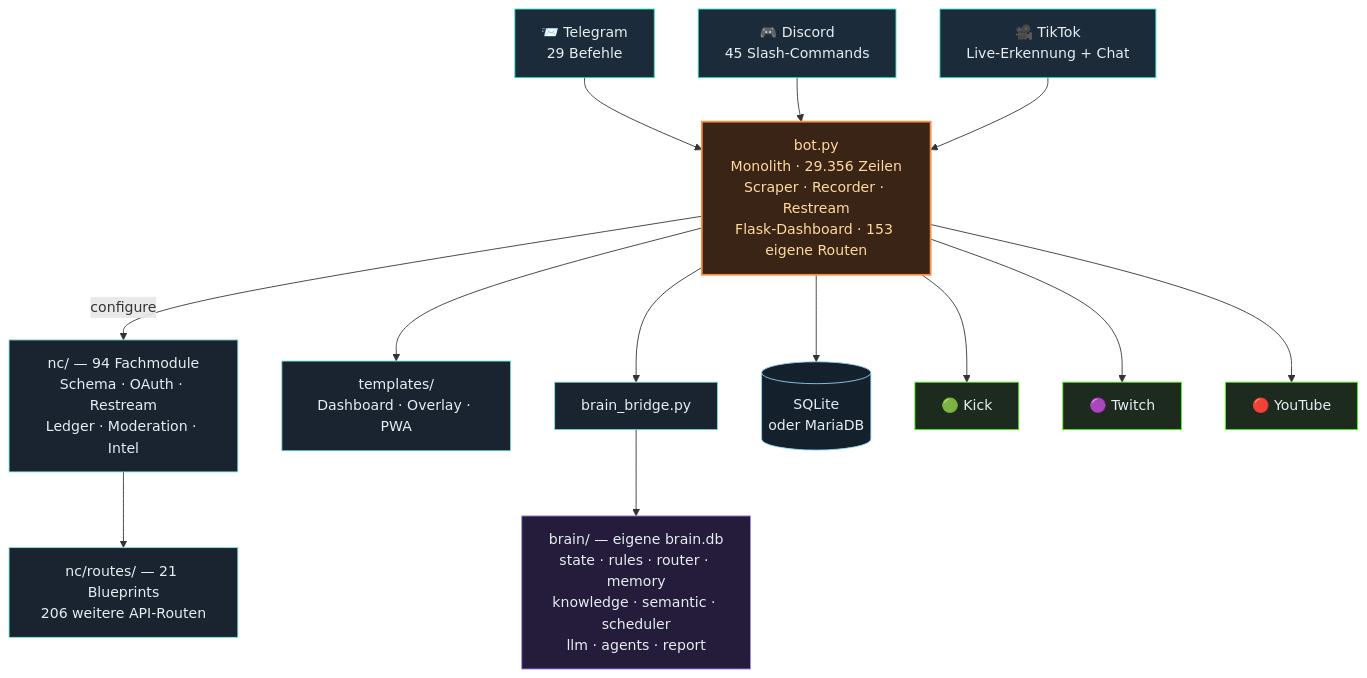
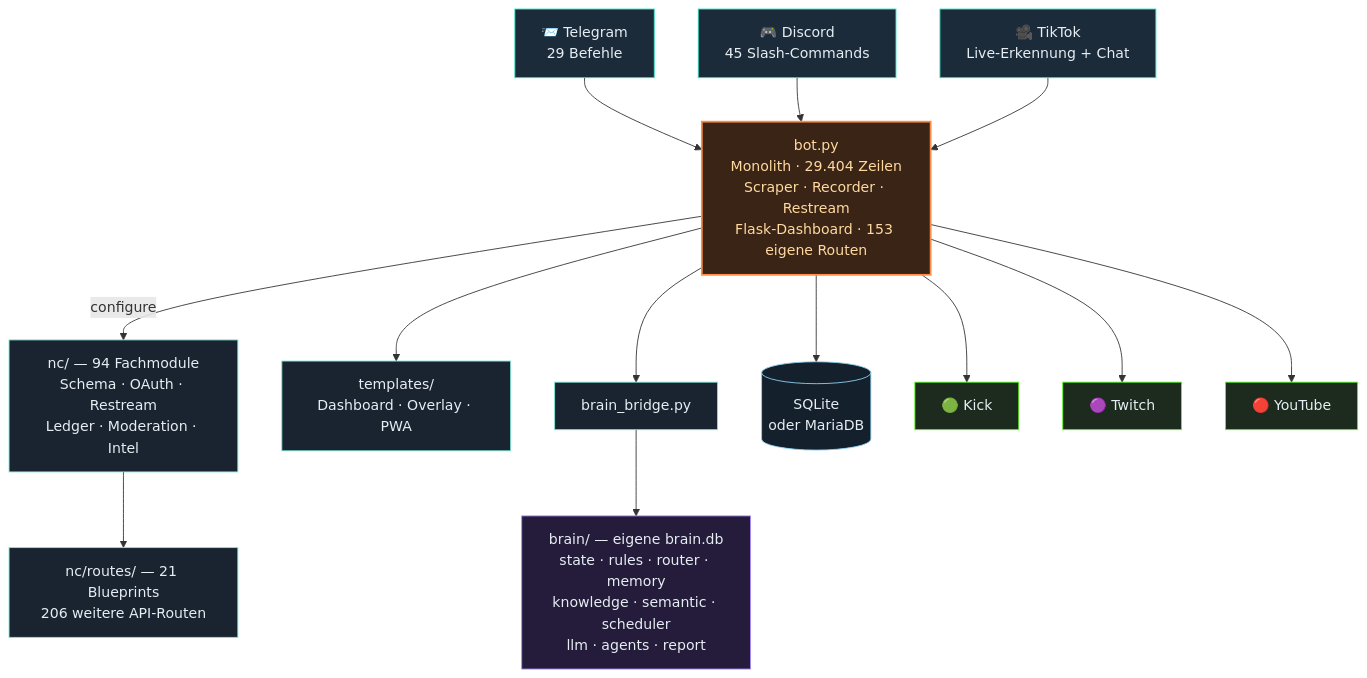
The third of 4 diagrams in README.md (itsamemedev/Telegram-Stream-Info-Bot), drawn with Mermaid before and after one commit. The commit also changed other lines of this file and 11 other files, not shown here.

````diff
--- a/README.md
+++ b/README.md
@@ -189,30 +189,30 @@
 ```mermaid
 flowchart TB
     TG["📨 Telegram<br/>29 Befehle"]:::ein
     DC["🎮 Discord<br/>45 Slash-Commands"]:::ein
     TT["🎥 TikTok<br/>Live-Erkennung + Chat"]:::ein
 
     TG --> BOT
     DC --> BOT
     TT --> BOT
 
-    BOT["bot.py<br/>Monolith · 29.356 Zeilen<br/>Scraper · Recorder · Restream<br/>Flask-Dashboard · 153 eigene Routen"]:::core
+    BOT["bot.py<br/>Monolith · 29.404 Zeilen<br/>Scraper · Recorder · Restream<br/>Flask-Dashboard · 153 eigene Routen"]:::core
 
     BOT -->|configure| NC["nc/ — 94 Fachmodule<br/>Schema · OAuth · Restream<br/>Ledger · Moderation · Intel"]:::lib
     NC --> RT["nc/routes/ — 21 Blueprints<br/>206 weitere API-Routen"]:::lib
     BOT --> TPL["templates/<br/>Dashboard · Overlay · PWA"]:::lib
     BOT --> BR["brain_bridge.py"]:::lib
     BR --> BRAIN["brain/ — eigene brain.db<br/>state · rules · router · memory<br/>knowledge · semantic · scheduler<br/>llm · agents · report"]:::brain
     BOT --> DB[("SQLite<br/>oder MariaDB")]:::db
 
     BOT --> KICK["🟢 Kick"]:::out
     BOT --> TW["🟣 Twitch"]:::out
     BOT --> YT["🔴 YouTube"]:::out
 
     classDef ein fill:#1c2b3a,stroke:#2de1c2,color:#e6edf3
     classDef core fill:#3a2415,stroke:#ff8c42,stroke-width:2px,color:#ffd9a0
     classDef lib fill:#1a2430,stroke:#7fe7d4,color:#e6edf3
     classDef brain fill:#241c3a,stroke:#a78bfa,color:#e6edf3
     classDef db fill:#14202c,stroke:#8fd3f4,color:#e6edf3
     classDef out fill:#1c2b1e,stroke:#53fc18,color:#e6edf3
 ```
````
